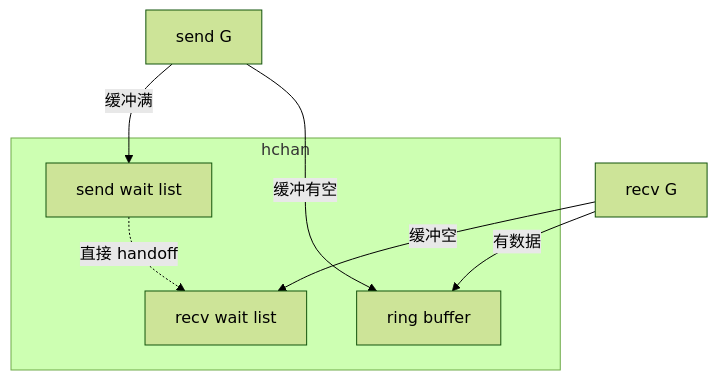
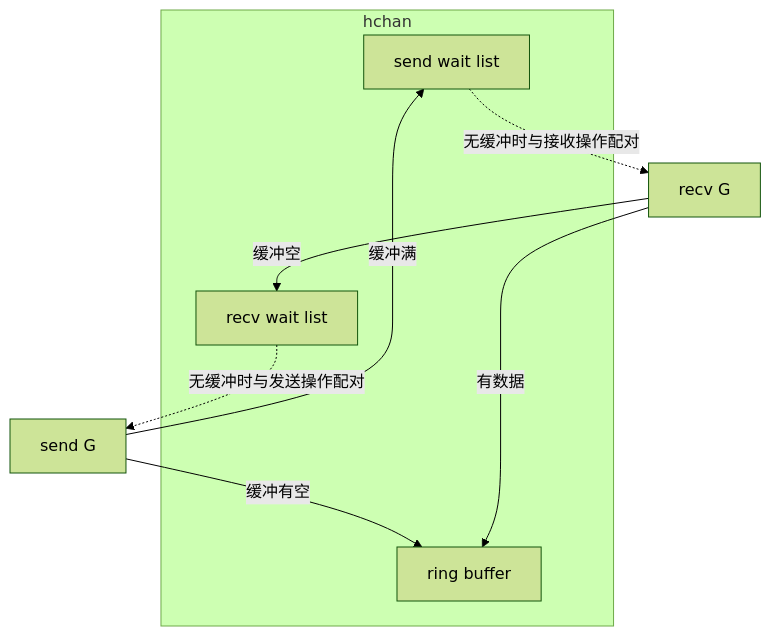
One commit to twodog-tt/Golang-development-manual changed the diagram in docs/interview/01-runtime-concurrency/S-CONC-05-channel.md. Above: the diagram before and after it, drawn with Mermaid (forest theme). The commit also changed other lines of this file and 438 other files, not shown here.

````diff
--- a/docs/interview/01-runtime-concurrency/S-CONC-05-channel.md
+++ b/docs/interview/01-runtime-concurrency/S-CONC-05-channel.md
@@ -32,13 +32,14 @@
 ```mermaid
 flowchart TB
   subgraph hchan
     buf[ring buffer]
     sendq[send wait list]
     recvq[recv wait list]
   end
   S[send G] -->|缓冲满| sendq
   S -->|缓冲有空| buf
   R[recv G] -->|缓冲空| recvq
   R -->|有数据| buf
-  sendq -.->|直接 handoff| recvq
+  sendq -.->|无缓冲时与接收操作配对| R
+  recvq -.->|无缓冲时与发送操作配对| S
 ```
````
